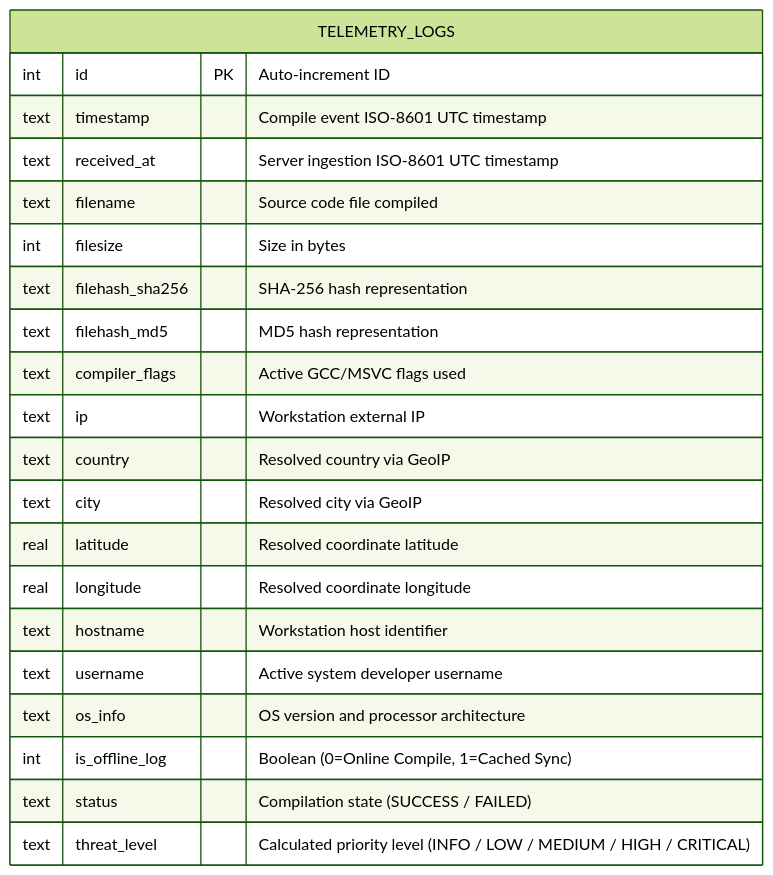
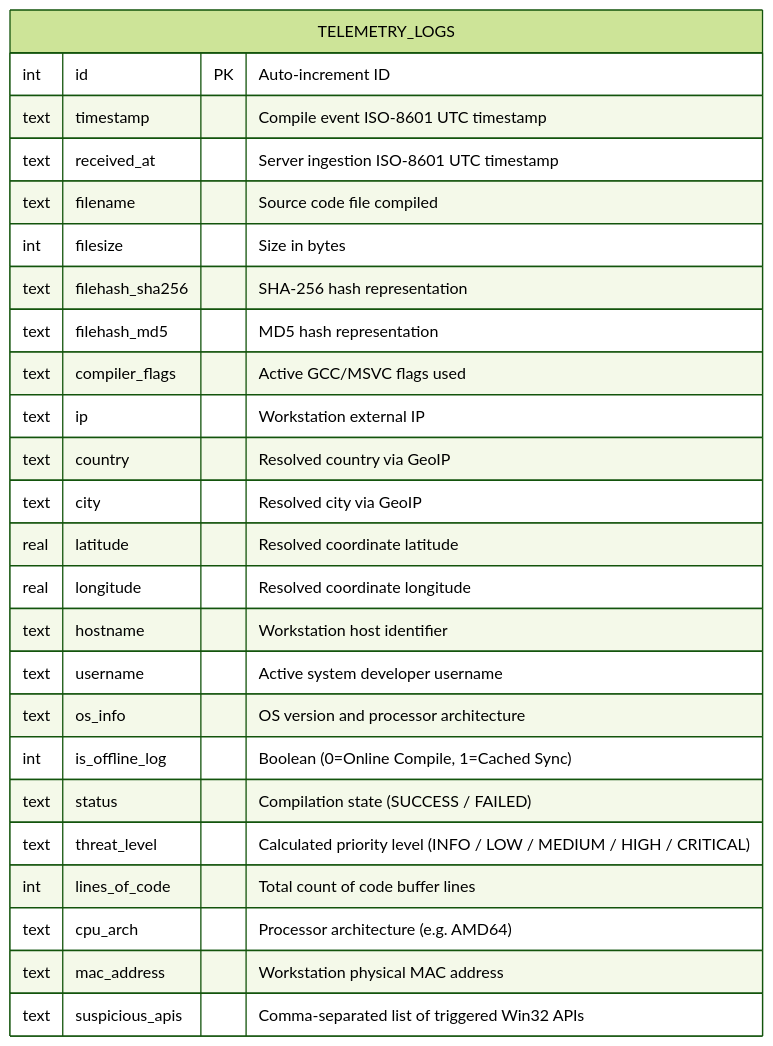
One commit to yamanisofyan2/ghost-eye changed the second of 3 diagrams in README.md. Above: the diagram before and after it, drawn with Mermaid (forest theme). The commit also changed 7 other files, not shown here.

````diff
--- a/README.md
+++ b/README.md
@@ -98,24 +98,28 @@
 ```mermaid
 erDiagram
     TELEMETRY_LOGS {
         int id PK "Auto-increment ID"
         text timestamp "Compile event ISO-8601 UTC timestamp"
         text received_at "Server ingestion ISO-8601 UTC timestamp"
         text filename "Source code file compiled"
         int filesize "Size in bytes"
         text filehash_sha256 "SHA-256 hash representation"
         text filehash_md5 "MD5 hash representation"
         text compiler_flags "Active GCC/MSVC flags used"
         text ip "Workstation external IP"
         text country "Resolved country via GeoIP"
         text city "Resolved city via GeoIP"
         real latitude "Resolved coordinate latitude"
         real longitude "Resolved coordinate longitude"
         text hostname "Workstation host identifier"
         text username "Active system developer username"
         text os_info "OS version and processor architecture"
         int is_offline_log "Boolean (0=Online Compile, 1=Cached Sync)"
         text status "Compilation state (SUCCESS / FAILED)"
         text threat_level "Calculated priority level (INFO / LOW / MEDIUM / HIGH / CRITICAL)"
+        int lines_of_code "Total count of code buffer lines"
+        text cpu_arch "Processor architecture (e.g. AMD64)"
+        text mac_address "Workstation physical MAC address"
+        text suspicious_apis "Comma-separated list of triggered Win32 APIs"
     }
 ```
````
